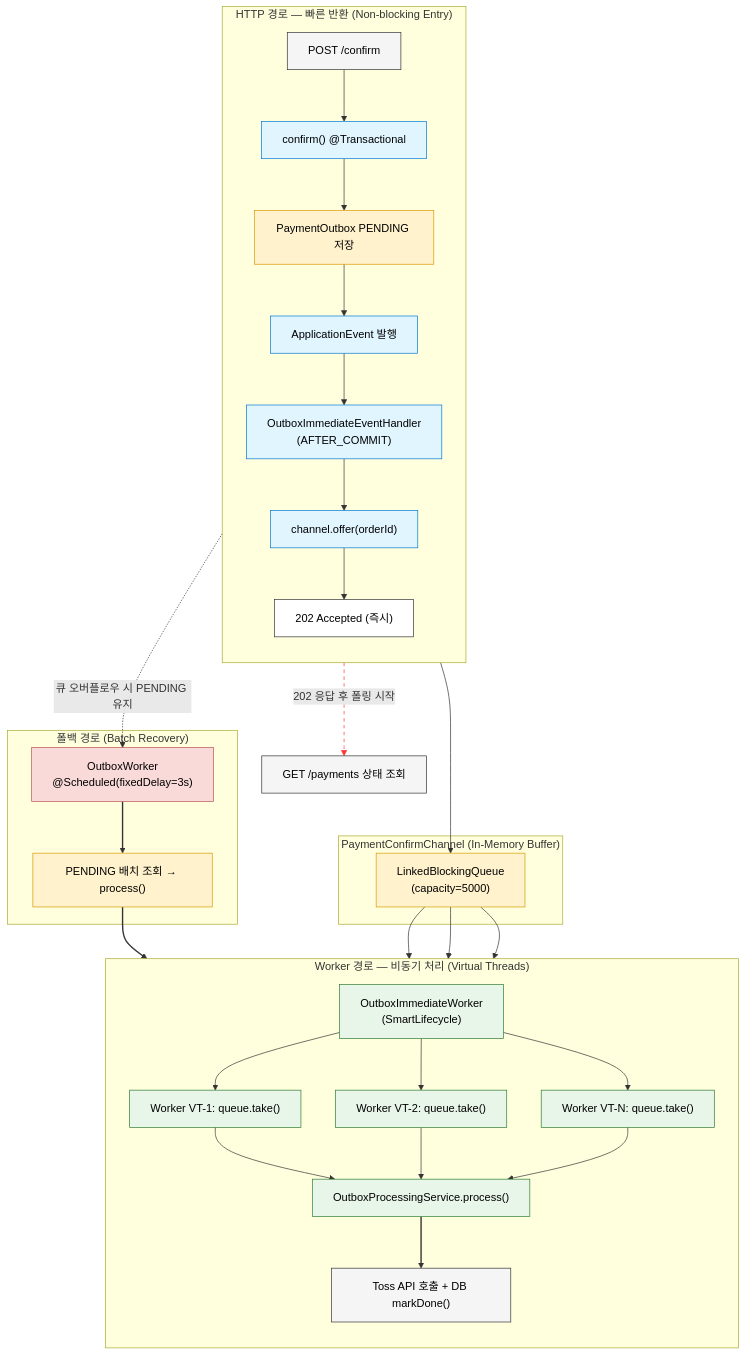
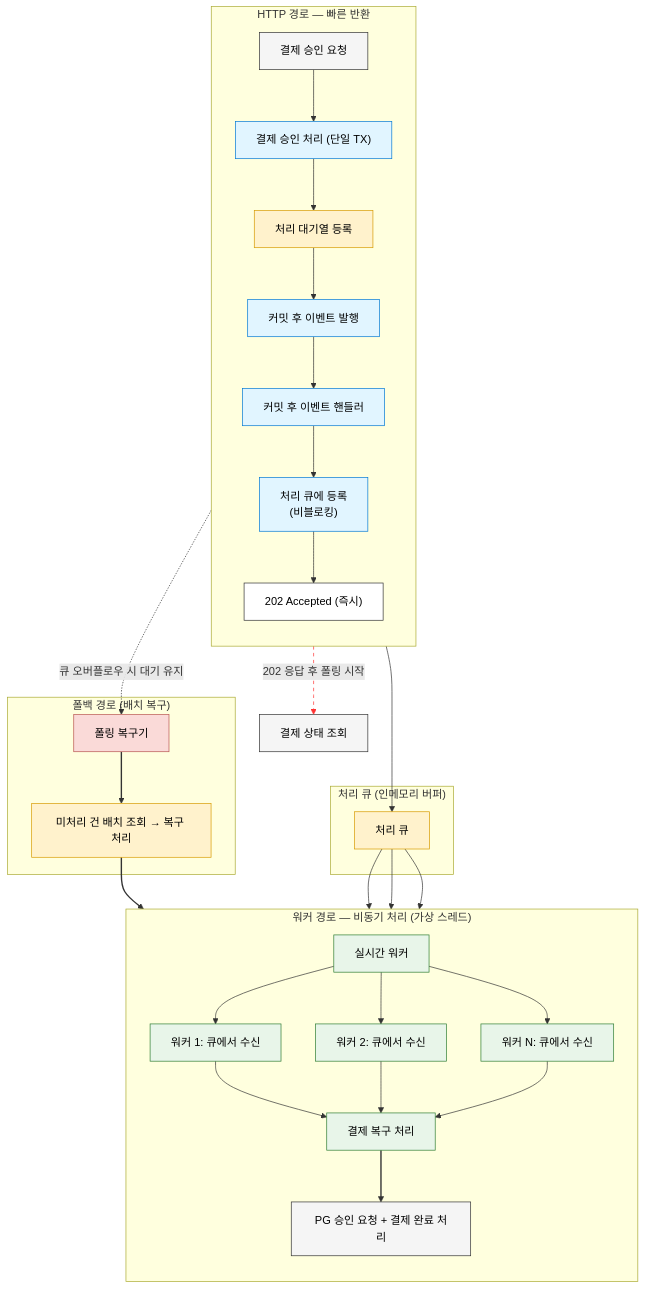
The sixth of 8 diagrams in src/content/docs/blog/async-payment-flow.md (hyoguoo/hyoguoo.github.io), drawn with Mermaid before and after one commit. The commit also changed other lines of this file and 1 other file, not shown here.

````diff
--- a/src/content/docs/blog/async-payment-flow.md
+++ b/src/content/docs/blog/async-payment-flow.md
@@ -363,53 +364,53 @@
 ```mermaid
 graph TB
 %% 클래스 정의 (역할별 색상 구분 및 가독성 확보)
     classDef http fill: #E1F5FF, stroke: #0078D4, color: #000
     classDef queue fill: #FFF2CC, stroke: #D79B00, color: #000
     classDef worker fill: #E8F5E9, stroke: #2E7D32, color: #000
     classDef fallback fill: #FADAD8, stroke: #B85450, color: #000
     classDef external fill: #F5F5F5, stroke: #333, color: #000
     classDef response fill: #FFFFFF, stroke: #333, color: #000
 
-    subgraph SyncPath ["HTTP 경로 — 빠른 반환 (Non-blocking Entry)"]
+    subgraph SyncPath ["HTTP 경로 — 빠른 반환"]
         direction TB
-        A["POST /confirm"]:::external --> B["confirm() @Transactional"]:::http
-        B --> C["PaymentOutbox PENDING 저장"]:::queue
-        C --> D["ApplicationEvent 발행"]:::http
-        D --> E["OutboxImmediateEventHandler<br/>(AFTER_COMMIT)"]:::http
-        E --> F["channel.offer(orderId)"]:::http
+        A["결제 승인 요청"]:::external --> B["결제 승인 처리 (단일 TX)"]:::http
+        B --> C["처리 대기열 등록"]:::queue
+        C --> D["커밋 후 이벤트 발행"]:::http
+        D --> E["커밋 후 이벤트 핸들러"]:::http
+        E --> F["처리 큐에 등록<br/>(비블로킹)"]:::http
         F --> G["202 Accepted (즉시)"]:::response
     end
 
-    subgraph Channel ["PaymentConfirmChannel (In-Memory Buffer)"]
-        H["LinkedBlockingQueue<br/>(capacity=5000)"]:::queue
+    subgraph Channel ["처리 큐 (인메모리 버퍼)"]
+        H["처리 큐"]:::queue
         F --> H
     end
 
-    subgraph WorkerPath ["Worker 경로 — 비동기 처리 (Virtual Threads)"]
+    subgraph WorkerPath ["워커 경로 — 비동기 처리 (가상 스레드)"]
         direction TB
-        I["OutboxImmediateWorker<br/>(SmartLifecycle)"]:::worker
-        I --> J["Worker VT-1: queue.take()"]:::worker
-        I --> K["Worker VT-2: queue.take()"]:::worker
-        I --> L["Worker VT-N: queue.take()"]:::worker
-        J --> M["OutboxProcessingService.process()"]:::worker
+        I["실시간 워커"]:::worker
+        I --> J["워커 1: 큐에서 수신"]:::worker
+        I --> K["워커 2: 큐에서 수신"]:::worker
+        I --> L["워커 N: 큐에서 수신"]:::worker
+        J --> M["결제 복구 처리"]:::worker
         K --> M
         L --> M
-        M --> N["Toss API 호출 + DB markDone()"]:::external
+        M --> N["PG 승인 요청 + 결제 완료 처리"]:::external
     end
 
-    subgraph FallbackPath ["폴백 경로 (Batch Recovery)"]
-        O["OutboxWorker<br/>@Scheduled(fixedDelay=3s)"]:::fallback
-        O --> P["PENDING 배치 조회 → process()"]:::queue
+    subgraph FallbackPath ["폴백 경로 (배치 복구)"]
+        O["폴링 복구기"]:::fallback
+        O --> P["미처리 건 배치 조회 → 복구 처리"]:::queue
         P --> M
     end
 
 %% 컴포넌트 간 상호작용
-    G -->|" 202 응답 후 폴링 시작 "| CP1["GET /payments 상태 조회"]:::external
+    G -->|" 202 응답 후 폴링 시작 "| CP1["결제 상태 조회"]:::external
     H --> J
     H --> K
     H --> L
-    C -.->|" 큐 오버플로우 시 PENDING 유지 "| O
+    C -.->|" 큐 오버플로우 시 대기 유지 "| O
 %% 연결선 스타일
     linkStyle 13,14,15 stroke: #333, stroke-width: 2px
     linkStyle 16 stroke: #FF3333, stroke-dasharray: 5 5
 ```
````
